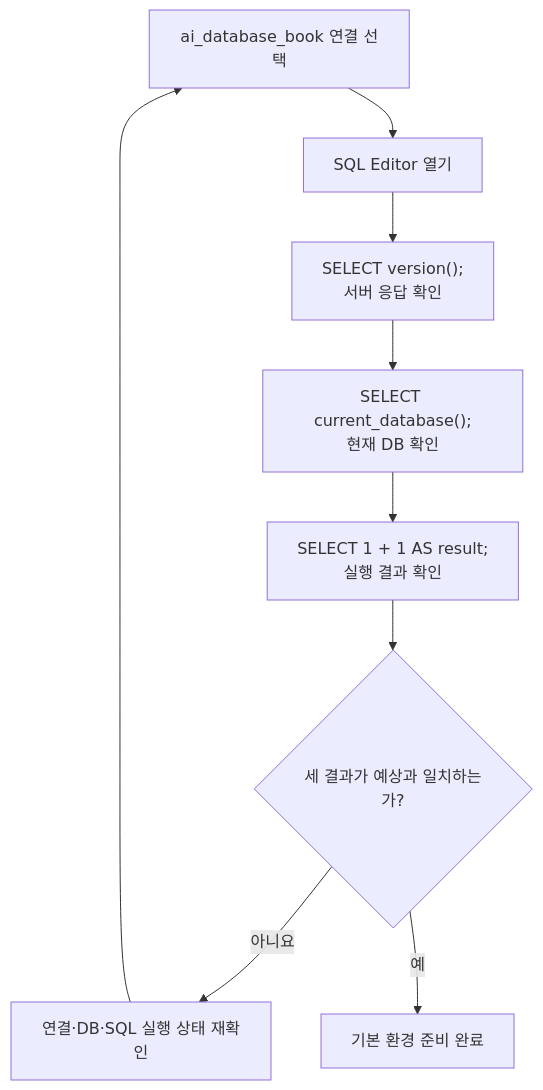
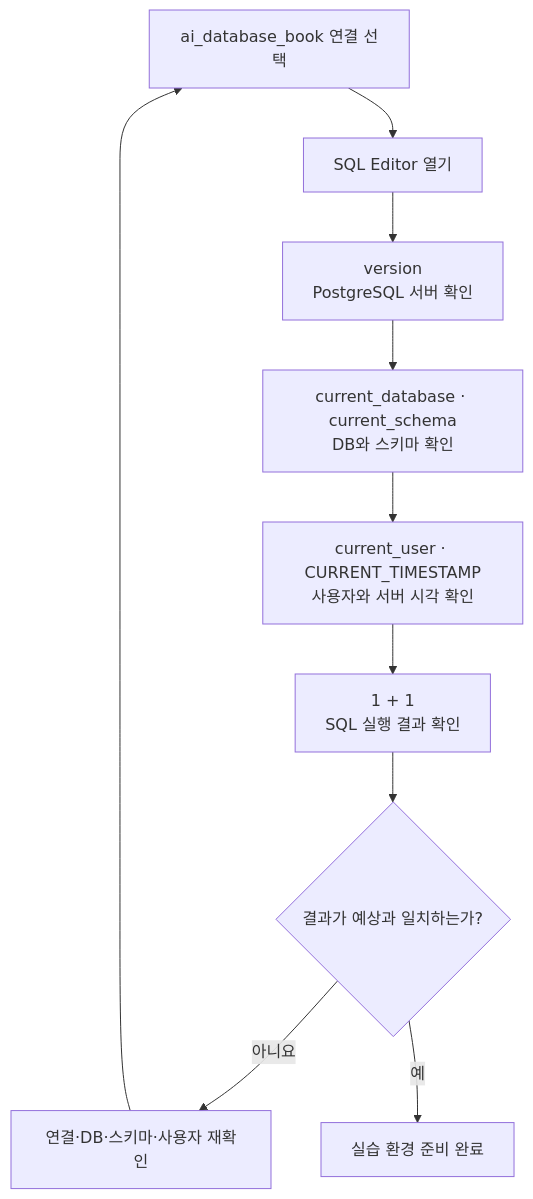
Before and after one commit to GilbertMoon/ai-database-book: the diagram in images/chapter03/ch03_04_sql_execution_check_flow.mmd, drawn with Mermaid.

Commit message:
Update Chapter 03 environment check diagram source

```diff
--- a/images/chapter03/ch03_04_sql_execution_check_flow.mmd
+++ b/images/chapter03/ch03_04_sql_execution_check_flow.mmd
@@ -1,12 +1,13 @@
 flowchart TD
     A[ai_database_book 연결 선택]
     B[SQL Editor 열기]
-    C["SELECT version();<br/>서버 응답 확인"]
-    D["SELECT current_database();<br/>현재 DB 확인"]
-    E["SELECT 1 + 1 AS result;<br/>실행 결과 확인"]
-    F{세 결과가 예상과 일치하는가?}
-    G[연결·DB·SQL 실행 상태 재확인]
-    H[기본 환경 준비 완료]
-    A --> B --> C --> D --> E --> F
-    F -- 아니요 --> G --> A
-    F -- 예 --> H
+    C[version<br/>PostgreSQL 서버 확인]
+    D[current_database · current_schema<br/>DB와 스키마 확인]
+    E[current_user · CURRENT_TIMESTAMP<br/>사용자와 서버 시각 확인]
+    F[1 + 1<br/>SQL 실행 결과 확인]
+    G{결과가 예상과 일치하는가?}
+    H[연결·DB·스키마·사용자 재확인]
+    I[실습 환경 준비 완료]
+    A --> B --> C --> D --> E --> F --> G
+    G -- 아니요 --> H --> A
+    G -- 예 --> I
```
